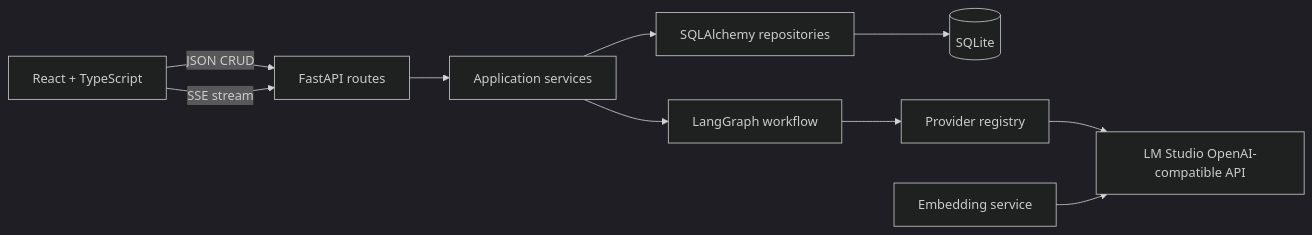
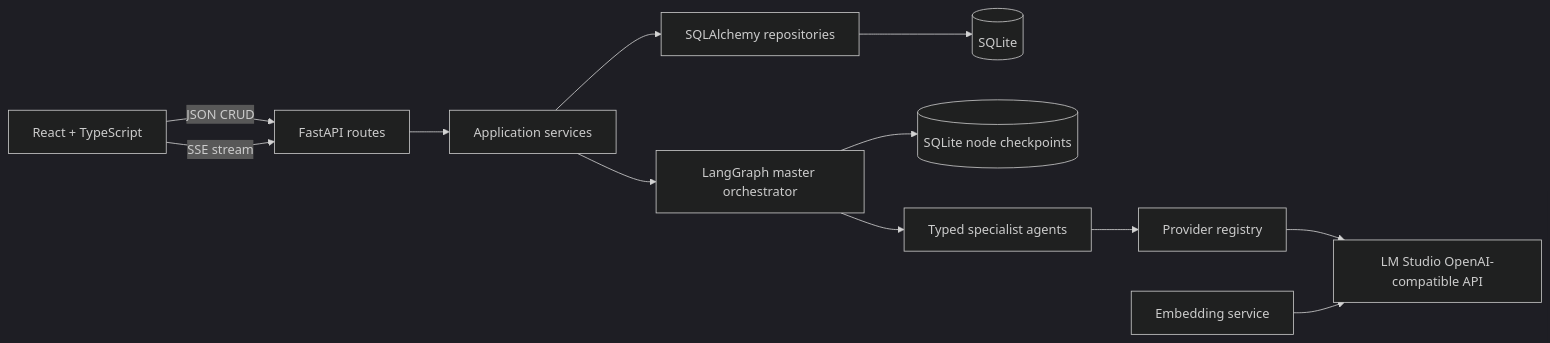
The diagram in docs/architecture.md (venkatesh27das/ai_for_data_platform), drawn with Mermaid (dark theme) before and after one commit. The commit also changed other lines of this file and 60 other files, not shown here.

````diff
--- a/docs/architecture.md
+++ b/docs/architecture.md
@@ -3,12 +3,14 @@
 ```mermaid
 flowchart LR
   UI[React + TypeScript] -->|JSON CRUD| API[FastAPI routes]
   UI -->|SSE stream| API
   API --> Services[Application services]
   Services --> Repositories[SQLAlchemy repositories]
   Repositories --> SQLite[(SQLite)]
-  Services --> Graph[LangGraph workflow]
-  Graph --> Registry[Provider registry]
+  Services --> Graph[LangGraph master orchestrator]
+  Graph --> Checkpoints[(SQLite node checkpoints)]
+  Graph --> Agents[Typed specialist agents]
+  Agents --> Registry[Provider registry]
   Registry --> LM[LM Studio OpenAI-compatible API]
   Embed[Embedding service] --> LM
 ```
````
